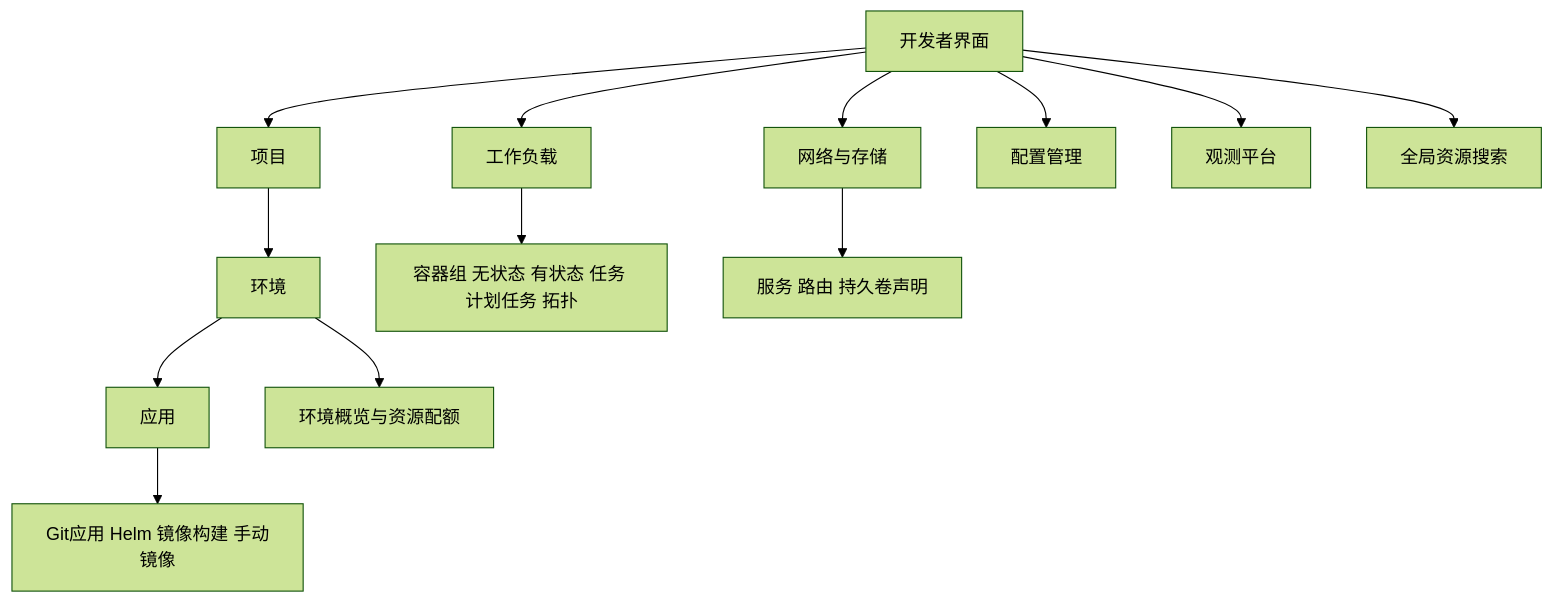
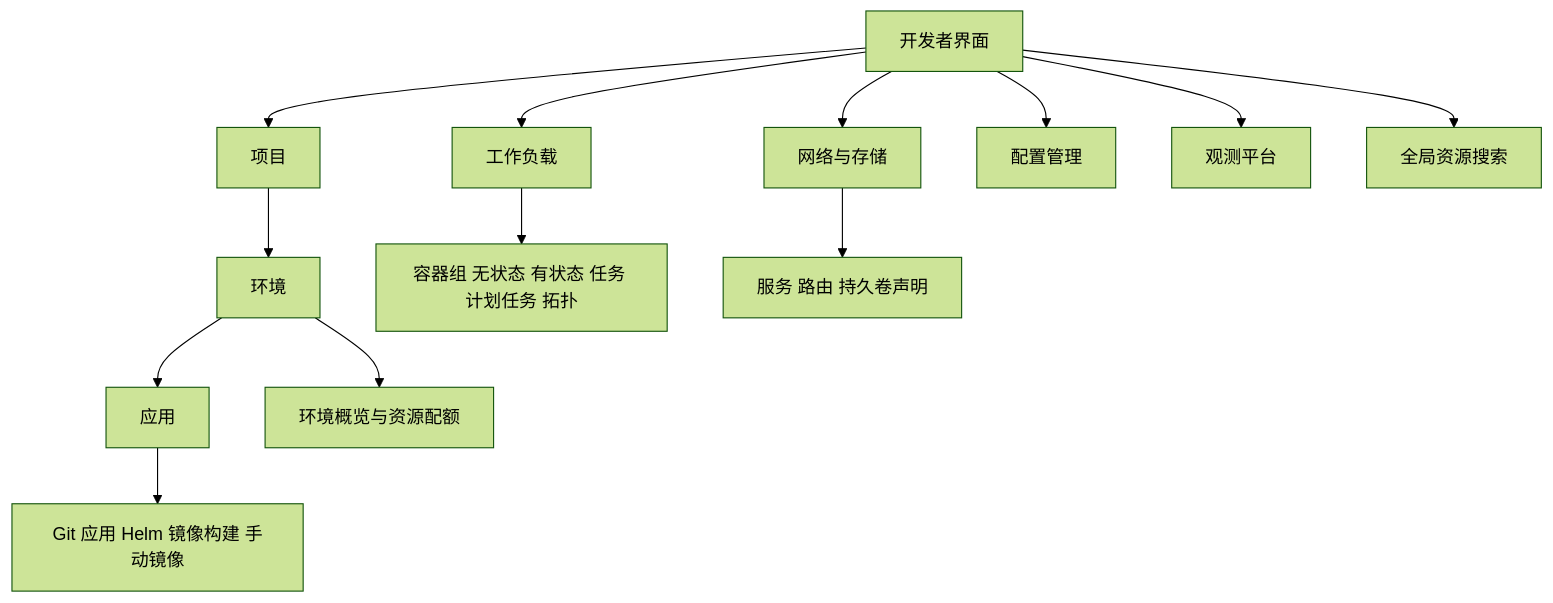
One commit to kube-do/kdo changed the first of 2 diagrams in site-docs/developer/index.md. Above: the diagram before and after it, drawn with Mermaid (forest theme). The commit also changed other lines of this file and 15 other files, not shown here.

````diff
--- a/site-docs/developer/index.md
+++ b/site-docs/developer/index.md
@@ -24,15 +24,15 @@
 ```mermaid
 flowchart TD
     A[开发者界面] --> B[项目]
     B --> C[环境]
     C --> D[应用]
     A --> E[工作负载]
     A --> F[网络与存储]
     A --> G[配置管理]
     A --> H[观测平台]
     A --> I[全局资源搜索]
-    D --> J[Git应用 Helm 镜像构建 手动镜像]
+    D --> J[Git 应用 Helm 镜像构建 手动镜像]
     E --> K[容器组 无状态 有状态 任务 计划任务 拓扑]
     F --> L[服务 路由 持久卷声明]
     C --> M[环境概览与资源配额]
 ```
````
